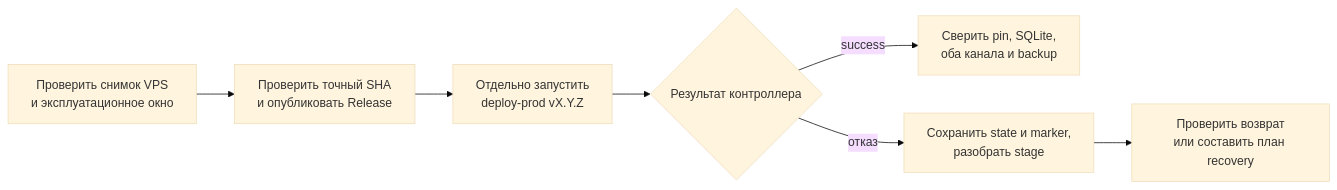
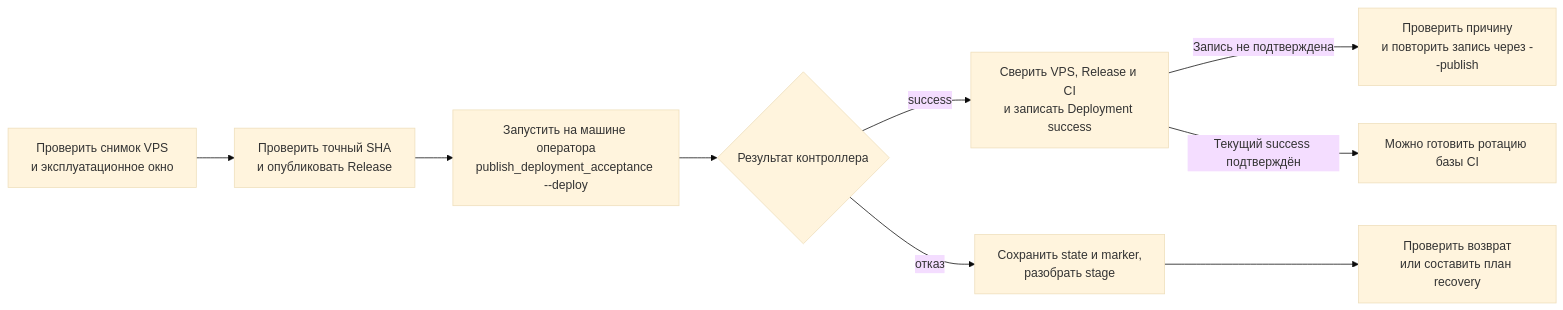
The diagram in docs/OPERATIONS.md (karateka-git/compadre-assistant), drawn with Mermaid (base theme) before and after one commit. The commit also changed other lines of this file and 9 other files, not shown here.

````diff
--- a/docs/OPERATIONS.md
+++ b/docs/OPERATIONS.md
@@ -25,9 +25,11 @@
 ```mermaid
 flowchart LR
     A[Проверить снимок VPS<br/>и эксплуатационное окно] --> B[Проверить точный SHA<br/>и опубликовать Release]
-    B --> C[Отдельно запустить<br/>deploy-prod vX.Y.Z]
+    B --> C[Запустить на машине оператора<br/>publish_deployment_acceptance --deploy]
     C --> D{Результат контроллера}
-    D -->|success| E[Сверить pin, SQLite,<br/>оба канала и backup]
+    D -->|success| E[Сверить VPS, Release и CI<br/>и записать Deployment success]
     D -->|отказ| F[Сохранить state и marker,<br/>разобрать stage]
     F --> G[Проверить возврат<br/>или составить план recovery]
+    E -->|Запись не подтверждена| H[Проверить причину<br/>и повторить запись через --publish]
+    E -->|Текущий success подтверждён| I[Можно готовить ротацию базы CI]
 ```
````
